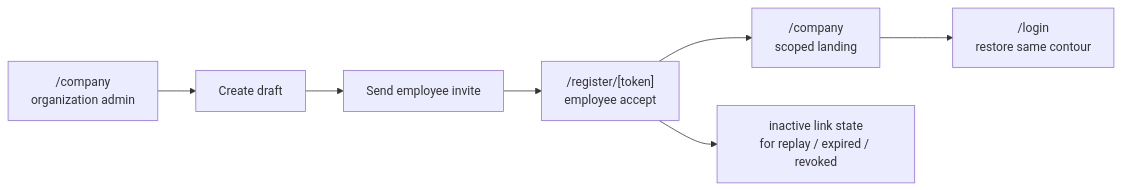
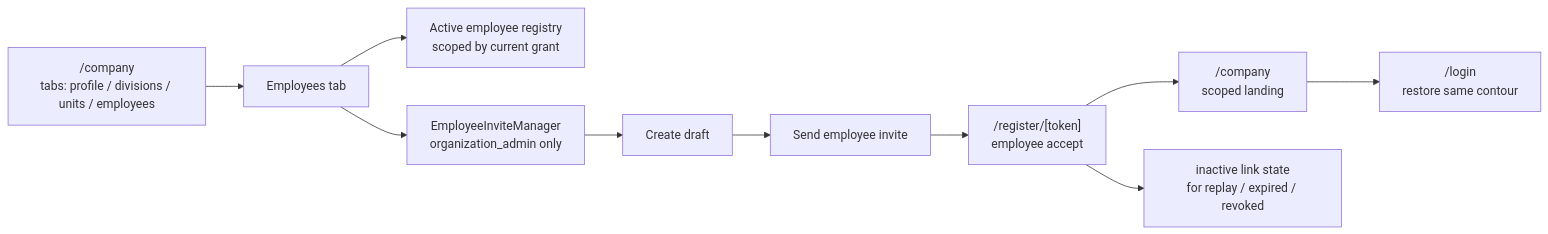
The third of 7 diagrams in docs/design/customer-admin-bootstrap-flow.md (vrk-app/vrk), drawn with Mermaid before and after one commit. The commit also changed other lines of this file and 39 other files, not shown here.

````diff
--- a/docs/design/customer-admin-bootstrap-flow.md
+++ b/docs/design/customer-admin-bootstrap-flow.md
@@ -145,9 +147,12 @@
 ```mermaid
 flowchart LR
-    A["/company<br/>organization admin"] --> B["Create draft"]
-    B --> C["Send employee invite"]
-    C --> D["/register/[token]<br/>employee accept"]
-    D --> E["/company<br/>scoped landing"]
-    E --> F["/login<br/>restore same contour"]
-    D --> G["inactive link state<br/>for replay / expired / revoked"]
+    A["/company<br/>tabs: profile / divisions / units / employees"] --> B["Employees tab"]
+    B --> C["Active employee registry<br/>scoped by current grant"]
+    B --> D["EmployeeInviteManager<br/>organization_admin only"]
+    D --> E["Create draft"]
+    E --> F["Send employee invite"]
+    F --> G["/register/[token]<br/>employee accept"]
+    G --> H["/company<br/>scoped landing"]
+    H --> I["/login<br/>restore same contour"]
+    G --> J["inactive link state<br/>for replay / expired / revoked"]
 ```
````
